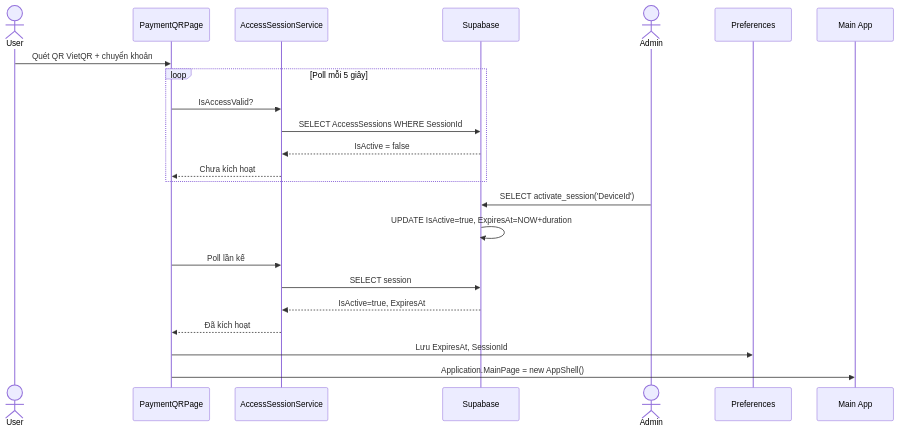
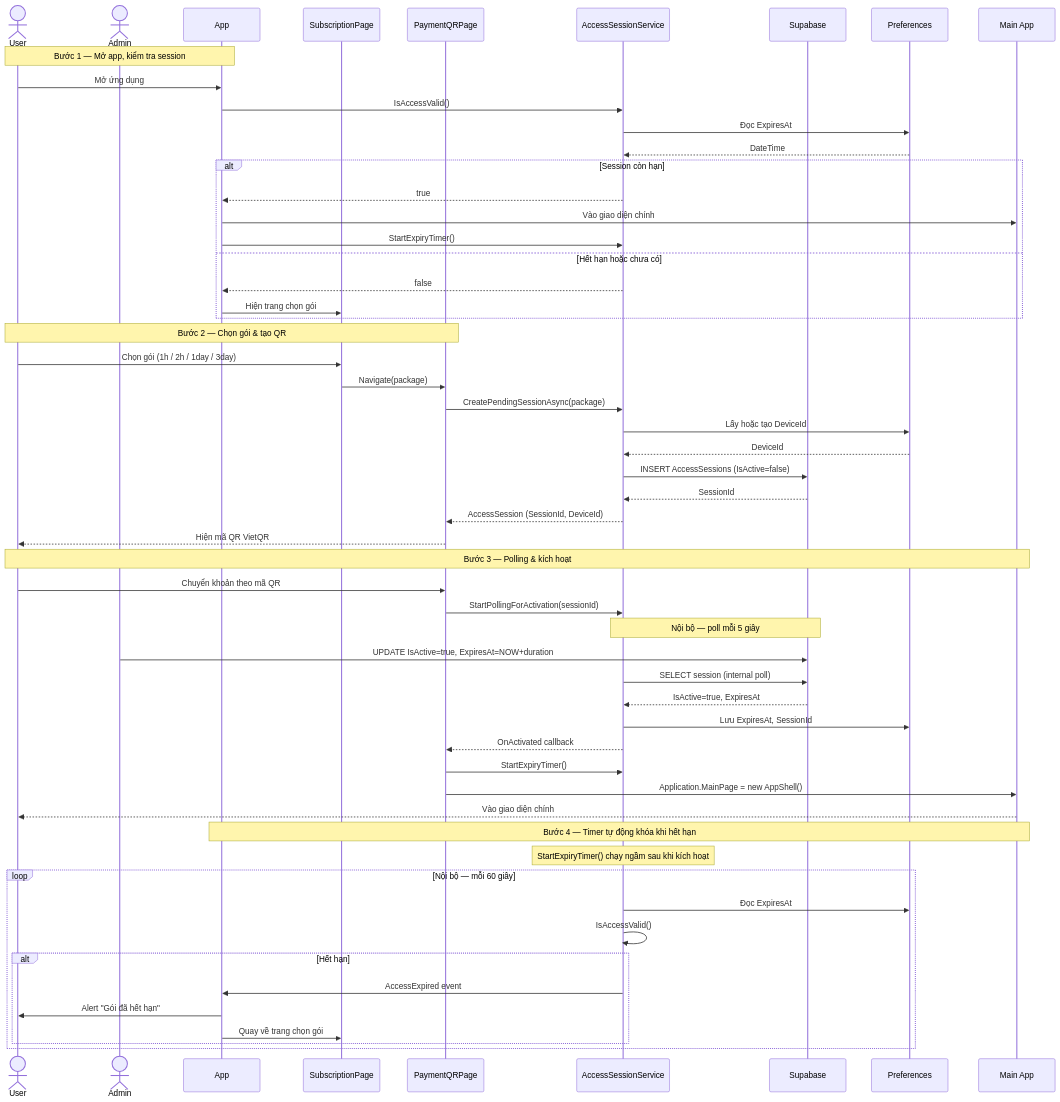
The fifth of 21 diagrams in PRD.md (MTai55/TourguideProjectApp), drawn with Mermaid before and after one commit. The commit also changed other lines of this file, not shown here.

Commit message:
diagrams

````diff
--- a/PRD.md
+++ b/PRD.md
@@ -1060,28 +1016,62 @@
 ```mermaid
 sequenceDiagram
     actor User
+    actor Admin
+    participant App
+    participant SubscriptionPage
     participant PaymentQRPage
     participant AccessSessionService
     participant Supabase
-    actor Admin
     participant Preferences
     participant AppShell as Main App
 
-    User->>PaymentQRPage: Quét QR VietQR + chuyển khoản
-    loop Poll mỗi 5 giây
-        PaymentQRPage->>AccessSessionService: IsAccessValid?
-        AccessSessionService->>Supabase: SELECT AccessSessions WHERE SessionId
-        Supabase-->>AccessSessionService: IsActive = false
-        AccessSessionService-->>PaymentQRPage: Chưa kích hoạt
+    Note over User,App: Bước 1 — Mở app, kiểm tra session
+    User->>App: Mở ứng dụng
+    App->>AccessSessionService: IsAccessValid()
+    AccessSessionService->>Preferences: Đọc ExpiresAt
+    Preferences-->>AccessSessionService: DateTime
+    alt Session còn hạn
+        AccessSessionService-->>App: true
+        App->>AppShell: Vào giao diện chính
+        App->>AccessSessionService: StartExpiryTimer()
+    else Hết hạn hoặc chưa có
+        AccessSessionService-->>App: false
+        App->>SubscriptionPage: Hiện trang chọn gói
     end
 
-    Admin->>Supabase: SELECT activate_session('DeviceId')
-    Supabase->>Supabase: UPDATE IsActive=true, ExpiresAt=NOW+duration
+    Note over User,PaymentQRPage: Bước 2 — Chọn gói & tạo QR
+    User->>SubscriptionPage: Chọn gói (1h / 2h / 1day / 3day)
+    SubscriptionPage->>PaymentQRPage: Navigate(package)
+    PaymentQRPage->>AccessSessionService: CreatePendingSessionAsync(package)
+    AccessSessionService->>Preferences: Lấy hoặc tạo DeviceId
+    Preferences-->>AccessSessionService: DeviceId
+    AccessSessionService->>Supabase: INSERT AccessSessions (IsActive=false)
+    Supabase-->>AccessSessionService: SessionId
+    AccessSessionService-->>PaymentQRPage: AccessSession (SessionId, DeviceId)
+    PaymentQRPage-->>User: Hiện mã QR VietQR
 
-    PaymentQRPage->>AccessSessionService: Poll lần kế
-    AccessSessionService->>Supabase: SELECT session
+    Note over User,AppShell: Bước 3 — Polling & kích hoạt
+    User->>PaymentQRPage: Chuyển khoản theo mã QR
+    PaymentQRPage->>AccessSessionService: StartPollingForActivation(sessionId)
+    Note over AccessSessionService,Supabase: Nội bộ — poll mỗi 5 giây
+    Admin->>Supabase: UPDATE IsActive=true, ExpiresAt=NOW+duration
+    AccessSessionService->>Supabase: SELECT session (internal poll)
     Supabase-->>AccessSessionService: IsActive=true, ExpiresAt
-    AccessSessionService-->>PaymentQRPage: Đã kích hoạt
-    PaymentQRPage->>Preferences: Lưu ExpiresAt, SessionId
+    AccessSessionService->>Preferences: Lưu ExpiresAt, SessionId
+    AccessSessionService-->>PaymentQRPage: OnActivated callback
+    PaymentQRPage->>AccessSessionService: StartExpiryTimer()
     PaymentQRPage->>AppShell: Application.MainPage = new AppShell()
+    AppShell-->>User: Vào giao diện chính
+
+    Note over App,AppShell: Bước 4 — Timer tự động khóa khi hết hạn
+    Note over AccessSessionService: StartExpiryTimer() chạy ngầm sau khi kích hoạt
+    loop Nội bộ — mỗi 60 giây
+        AccessSessionService->>Preferences: Đọc ExpiresAt
+        AccessSessionService->>AccessSessionService: IsAccessValid()
+        alt Hết hạn
+            AccessSessionService->>App: AccessExpired event
+            App->>User: Alert "Gói đã hết hạn"
+            App->>SubscriptionPage: Quay về trang chọn gói
+        end
+    end
 ```
````
